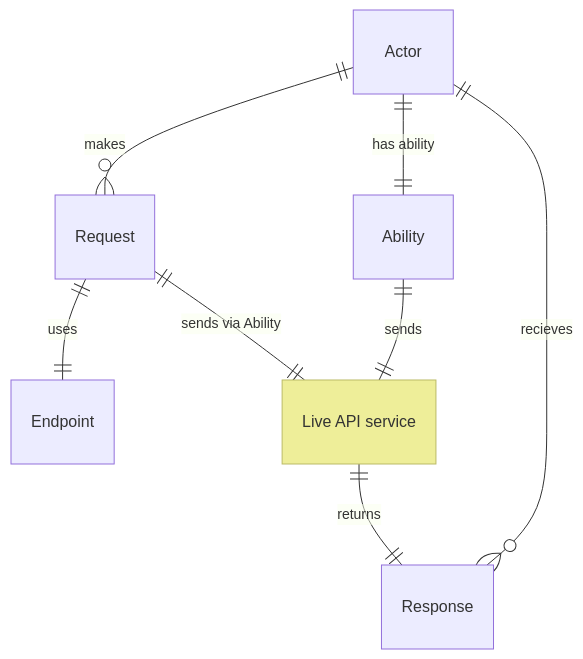
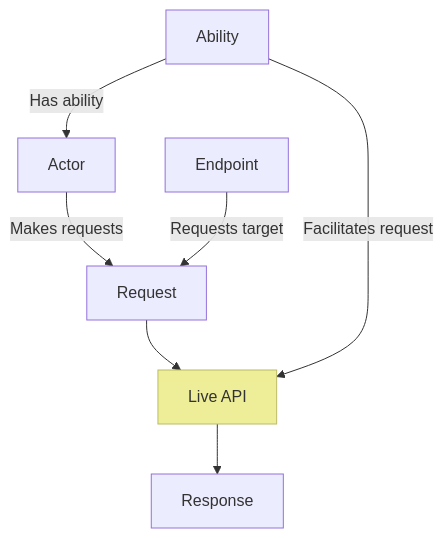
One commit to csf-dev/CSF.Screenplay changed the diagram in CSF.Screenplay.Docs/docs/extensions/webApis/index.md. Above: the diagram before and after it, drawn with Mermaid. The commit also changed other lines of this file and 13 other files, not shown here.

````diff
--- a/CSF.Screenplay.Docs/docs/extensions/webApis/index.md
+++ b/CSF.Screenplay.Docs/docs/extensions/webApis/index.md
@@ -15,13 +22,11 @@
 ```mermaid
-erDiagram
-  Actor ||--o{ Request : makes
-  Actor ||--|| Ability : "has ability"
-  Request ||--|| Endpoint : uses
-  api["Live API service"]
-  Request ||--|| api : "sends via Ability"
-  Ability ||--|| api : sends
-  api ||--|| Response : returns
-  Response }o--|| Actor : recieves
-  
+flowchart 
+  Ability -- "Has ability" --> Actor
+  Actor -- "Makes requests" --> Request
+  Endpoint -- "Requests target" --> Request
+  Request --> api["Live API"]
+  Ability -- "Facilitates request" --> api
+  api --> Response
+
   style api fill:#ee9,stroke:#bb6
 ```
````
